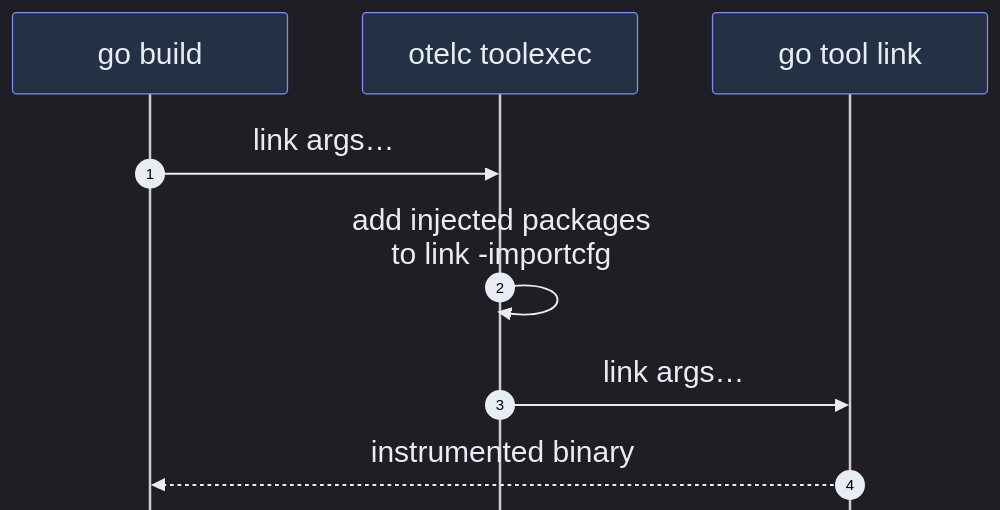
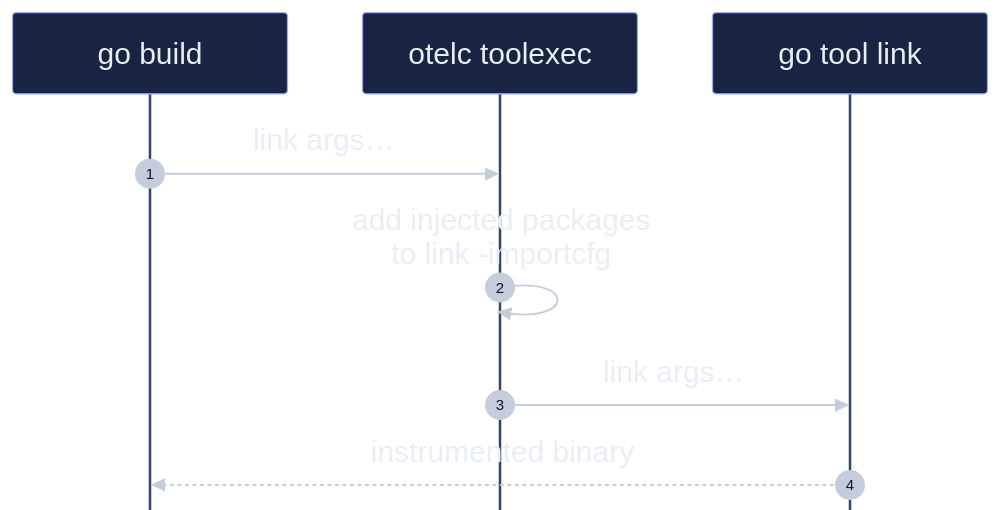
The diagram in diagrams/otelc-link.mmd (kakkoyun/otel-night-berlin-2026), drawn with Mermaid before and after one commit. The commit also changed 8 other files, not shown here.

First line of the commit message:
feat(diagrams): render Mermaid diagrams in the deck palette

```diff
--- a/diagrams/otelc-link.mmd
+++ b/diagrams/otelc-link.mmd
@@ -1,10 +1,10 @@
-%%{init: {'theme':'dark','fontSize':24,'sequence':{'mirrorActors':false,'messageMargin':18,'boxMargin':10,'actorMargin':60,'width':220},'themeVariables':{'fontSize':'24px','primaryColor':'#243044','primaryTextColor':'#e8edf3','primaryBorderColor':'#818cf8','lineColor':'#94a3b8','actorBkg':'#243044','actorBorder':'#818cf8','actorTextColor':'#e8edf3','signalColor':'#e8edf3','signalTextColor':'#e8edf3','labelTextColor':'#e8edf3'}}}%%
+%%{init: {'theme':'base','fontFamily':'Helvetica,Arial,sans-serif','fontSize':24,'sequence':{'mirrorActors':false,'messageMargin':18,'boxMargin':10,'actorMargin':60,'width':220},'themeVariables':{'fontFamily':'Helvetica,Arial,sans-serif','fontSize':'24px','background':'#0d1526','mainBkg':'#182441','primaryColor':'#182441','primaryTextColor':'#e9edf5','primaryBorderColor':'#9aabf5','nodeBorder':'#9aabf5','textColor':'#e9edf5','lineColor':'#8591ab','secondaryColor':'#131d33','tertiaryColor':'#131d33','clusterBkg':'#131d33','clusterBorder':'#34446a','titleColor':'#f5a800','edgeLabelBackground':'#0d1526','actorBkg':'#182441','actorBorder':'#9aabf5','actorTextColor':'#e9edf5','actorLineColor':'#34446a','signalColor':'#c5cddc','signalTextColor':'#e9edf5','labelBoxBkgColor':'#131d33','labelBoxBorderColor':'#f5a800','labelTextColor':'#f5a800','loopTextColor':'#e9edf5','noteBkgColor':'#f5a800','noteTextColor':'#0d1526','activationBkgColor':'#25324f','activationBorderColor':'#9aabf5','sequenceNumberColor':'#0d1526'}}}%%
 sequenceDiagram
   autonumber
   participant G as go build
   participant O as otelc toolexec
   participant L as go tool link
   G->>O: link args…
   O->>O: add injected packages<br/>to link -importcfg
   O->>L: link args…
   L-->>G: instrumented binary
```
